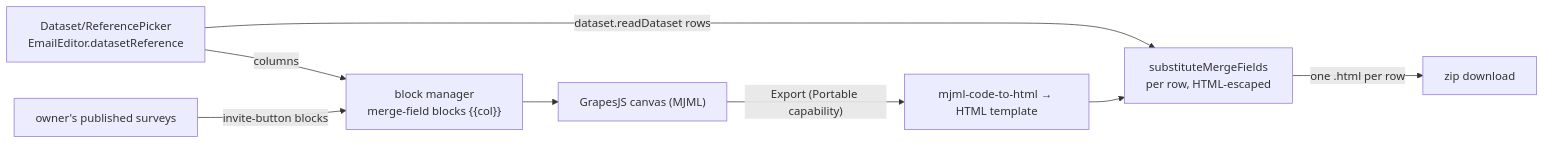
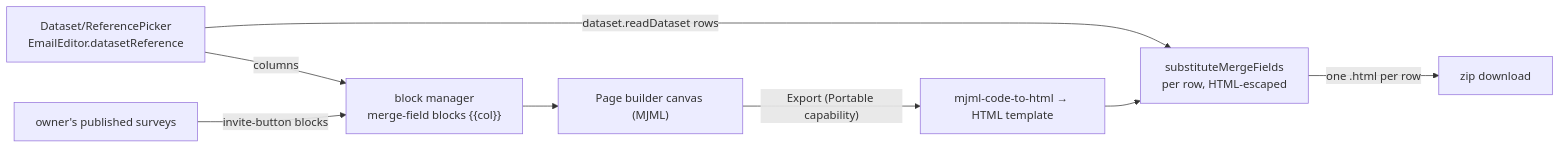
The diagram in openspec/specs/resource/email-personalization/design.md (Esposter/Esposter), drawn with Mermaid before and after one commit. The commit also changed other lines of this file, not shown here.

Commit message:
docs(openspec): the email personalization's key files name the page builder that replaced GrapesJS

````diff
--- a/openspec/specs/resource/email-personalization/design.md
+++ b/openspec/specs/resource/email-personalization/design.md
@@ -9,10 +9,10 @@
 ```mermaid
 flowchart LR
   BIND["Dataset/ReferencePicker<br/>EmailEditor.datasetReference"] -->|columns| BLOCKS["block manager<br/>merge-field blocks {{col}}"]
   SURV["owner's published surveys"] -->|invite-button blocks| BLOCKS
-  BLOCKS --> CANVAS["GrapesJS canvas (MJML)"]
+  BLOCKS --> CANVAS["Page builder canvas (MJML)"]
   CANVAS -->|"Export (Portable capability)"| MJML["mjml-code-to-html → HTML template"]
   BIND -->|dataset.readDataset rows| SUB["substituteMergeFields<br/>per row, HTML-escaped"]
   MJML --> SUB
   SUB -->|"one .html per row"| OUT["zip download"]
 ```
````
